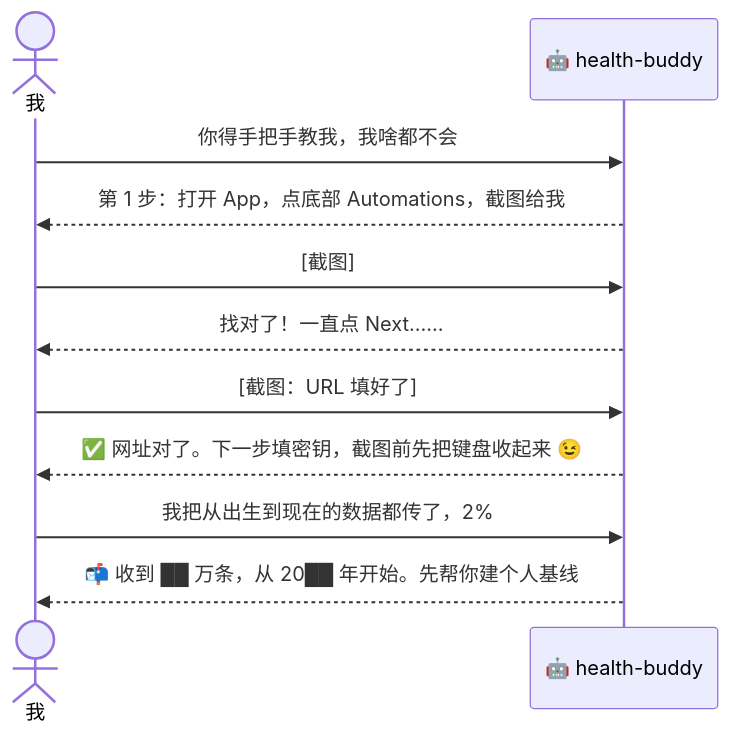
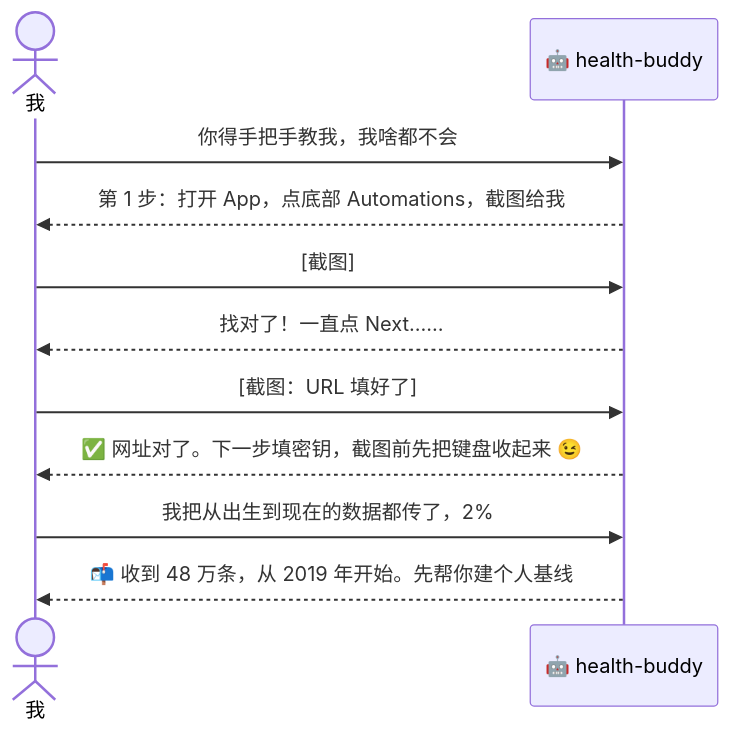
One commit to JamesNolan17/health-buddy changed the first of 7 diagrams in README.md. Above: the diagram before and after it, drawn with Mermaid. The commit also changed other lines of this file and 6 other files, not shown here.

````diff
--- a/README.md
+++ b/README.md
@@ -172,13 +172,13 @@
 ```mermaid
 sequenceDiagram
     actor U as 我
     participant H as 🤖 health-buddy
     U->>H: 你得手把手教我，我啥都不会
     H-->>U: 第 1 步：打开 App，点底部 Automations，截图给我
     U->>H: [截图]
     H-->>U: 找对了！一直点 Next……
     U->>H: [截图：URL 填好了]
     H-->>U: ✅ 网址对了。下一步填密钥，截图前先把键盘收起来 😉
     U->>H: 我把从出生到现在的数据都传了，2%
-    H-->>U: 📬 收到 ██ 万条，从 20██ 年开始。先帮你建个人基线
+    H-->>U: 📬 收到 48 万条，从 2019 年开始。先帮你建个人基线
 ```
````
